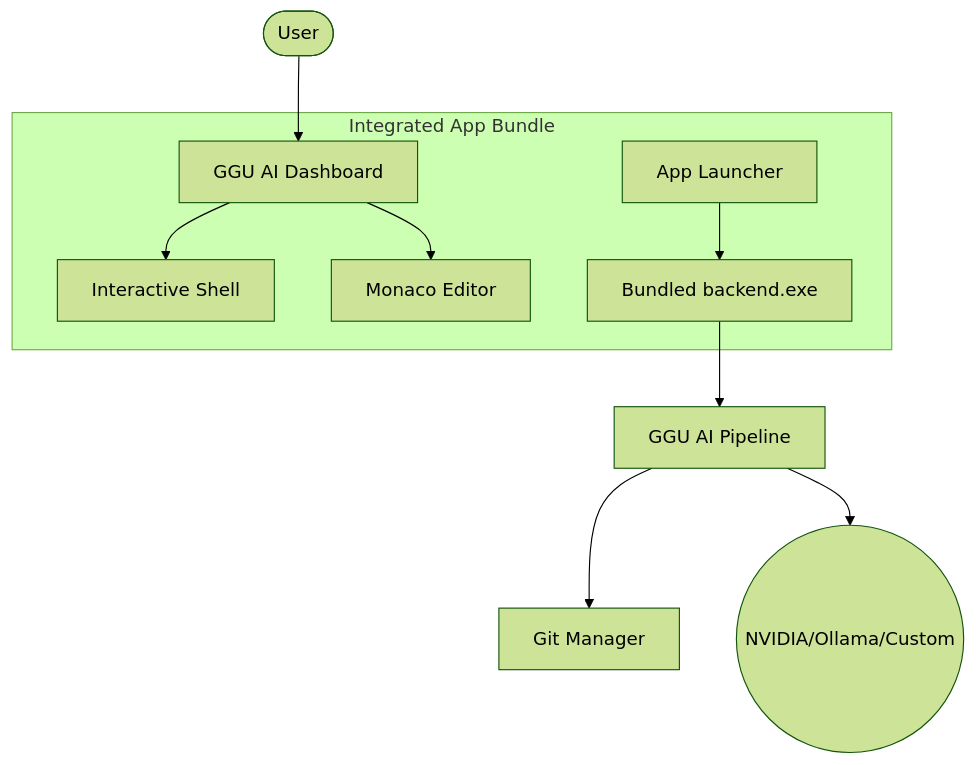
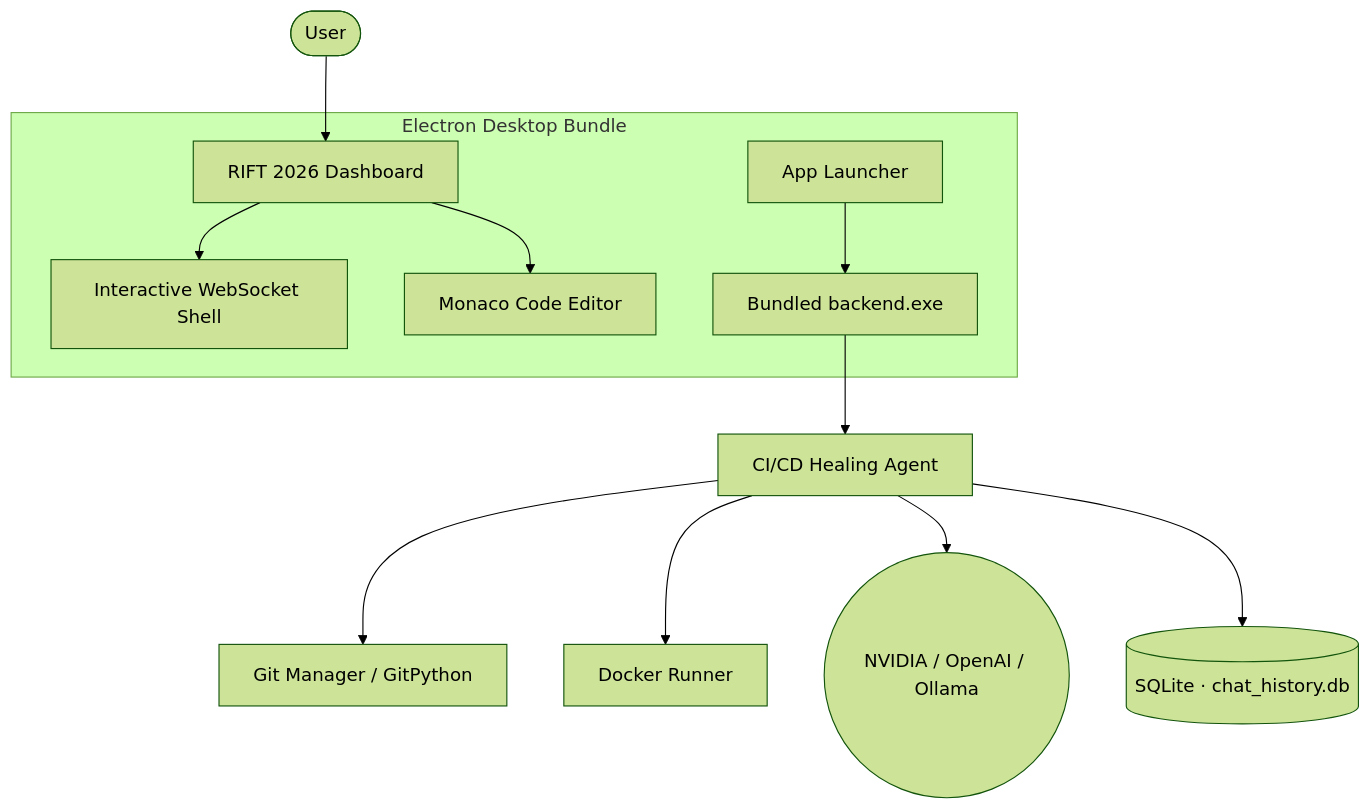
The diagram in README.md (Pavankumarswamy/AI-agents), drawn with Mermaid (forest theme) before and after one commit. The commit also changed other lines of this file, not shown here.

Commit message:
docs: remove LUCA Voice Assistant documentation and architecture nodes from README

````diff
--- a/README.md
+++ b/README.md
@@ -60,12 +83,14 @@
 ```mermaid
 graph TD
-    User([User]) --> UI[GGU AI Dashboard]
-    subgraph Integrated App Bundle
-        UI --> Terminal[Interactive Shell]
-        UI --> Editor[Monaco Editor]
+    User([User]) --> UI[RIFT 2026 Dashboard]
+    subgraph Electron Desktop Bundle
+        UI --> Terminal[Interactive WebSocket Shell]
+        UI --> Editor[Monaco Code Editor]
         Launcher[App Launcher] --> Backend[Bundled backend.exe]
     end
-    Backend --> Agent[GGU AI Pipeline]
-    Agent --> Git[Git Manager]
-    Agent --> LLM((NVIDIA/Ollama/Custom))
+    Backend --> Agent[CI/CD Healing Agent]
+    Agent --> Git[Git Manager / GitPython]
+    Agent --> Docker[Docker Runner]
+    Agent --> LLM((NVIDIA / OpenAI / Ollama))
+    Agent --> DB[(SQLite · chat_history.db)]
 ```
````
